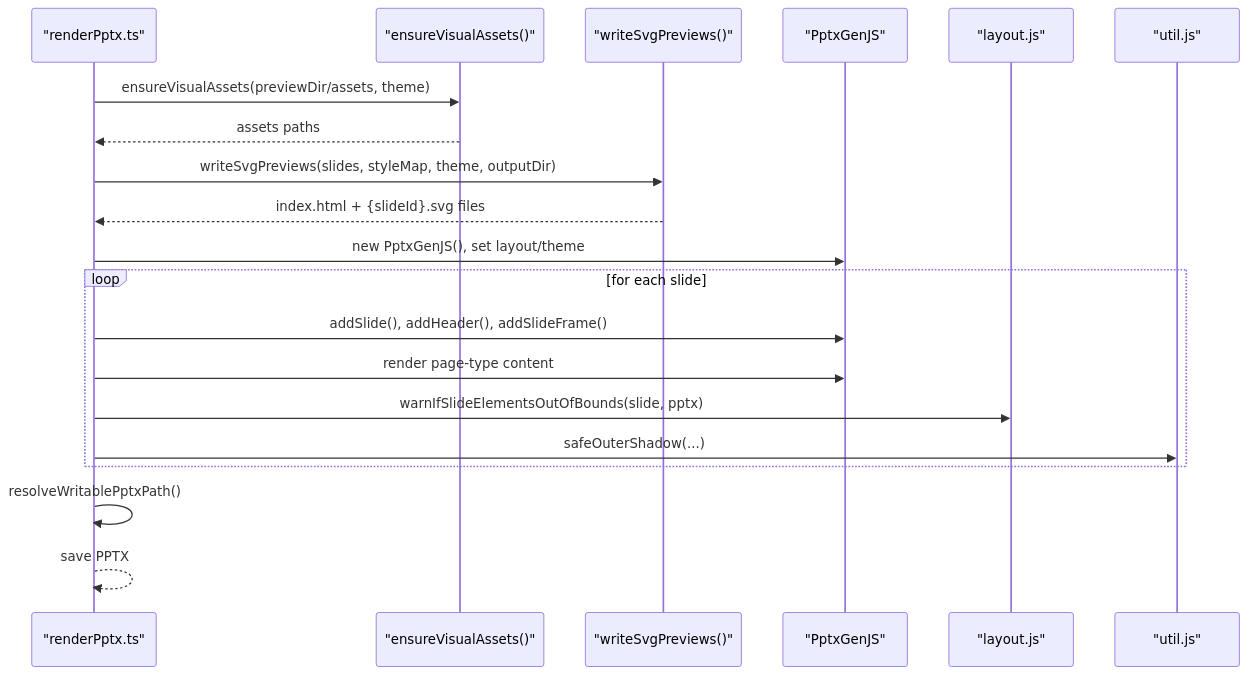
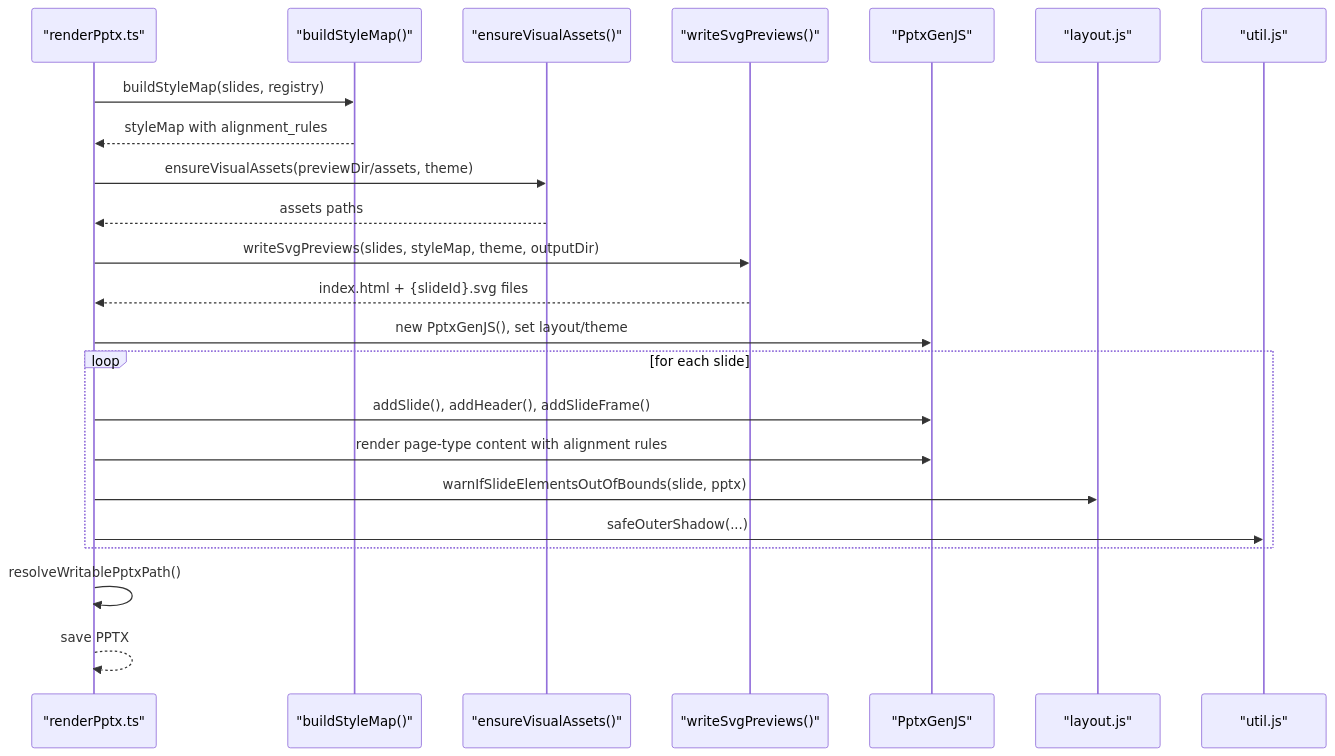
Before and after one commit to brantzh6/deepPPT: the fifth of 11 diagrams in .qoder/repowiki/en/content/Rendering Pipeline/Preview System.md, drawn with Mermaid. The commit also changed other lines of this file and 18 other files, not shown here.

Commit message:
Redesign layered_architecture_stack with compact annotation pills following OpenClaw seed reference

````diff
--- a/.qoder/repowiki/en/content/Rendering Pipeline/Preview System.md
+++ b/.qoder/repowiki/en/content/Rendering Pipeline/Preview System.md
@@ -225,22 +256,25 @@
 ```mermaid
 sequenceDiagram
 participant CLI as "renderPptx.ts"
+participant BSM as "buildStyleMap()"
 participant VA as "ensureVisualAssets()"
 participant SP as "writeSvgPreviews()"
 participant PPTX as "PptxGenJS"
 participant LJS as "layout.js"
 participant UJS as "util.js"
+CLI->>BSM : buildStyleMap(slides, registry)
+BSM-->>CLI : styleMap with alignment_rules
 CLI->>VA : ensureVisualAssets(previewDir/assets, theme)
 VA-->>CLI : assets paths
 CLI->>SP : writeSvgPreviews(slides, styleMap, theme, outputDir)
 SP-->>CLI : index.html + {slideId}.svg files
 CLI->>PPTX : new PptxGenJS(), set layout/theme
 loop for each slide
 CLI->>PPTX : addSlide(), addHeader(), addSlideFrame()
-CLI->>PPTX : render page-type content
+CLI->>PPTX : render page-type content with alignment rules
 CLI->>LJS : warnIfSlideElementsOutOfBounds(slide, pptx)
 CLI->>UJS : safeOuterShadow(...)
 end
 CLI->>CLI : resolveWritablePptxPath()
 CLI-->>CLI : save PPTX
 ```
````
